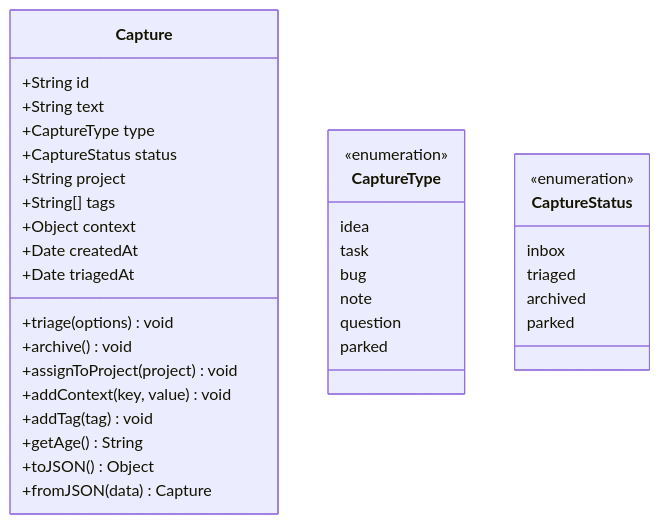
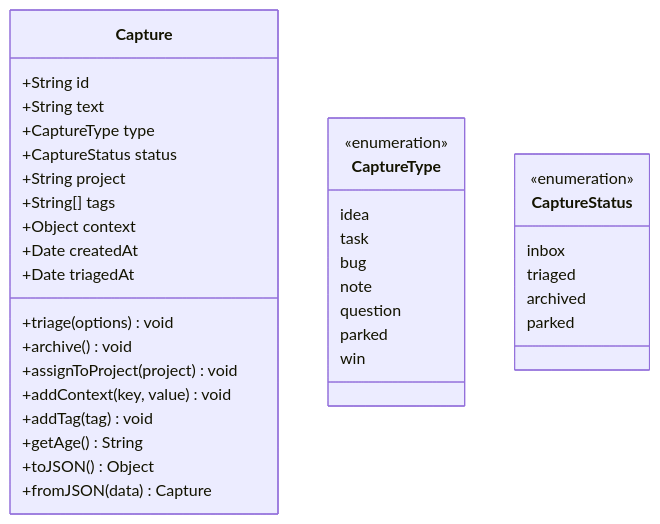
One commit to Data-Wise/atlas changed the seventh of 16 diagrams in docs/ARCHITECTURE.md. Above: the diagram before and after it, drawn with Mermaid. The commit also changed other lines of this file and 12 other files, not shown here.

````diff
--- a/docs/ARCHITECTURE.md
+++ b/docs/ARCHITECTURE.md
@@ -401,41 +420,42 @@
 ```mermaid
 classDiagram
     class Capture {
         +String id
         +String text
         +CaptureType type
         +CaptureStatus status
         +String project
         +String[] tags
         +Object context
         +Date createdAt
         +Date triagedAt
 
         +triage(options) void
         +archive() void
         +assignToProject(project) void
         +addContext(key, value) void
         +addTag(tag) void
         +getAge() String
         +toJSON() Object
         +fromJSON(data) Capture
     }
 
     class CaptureType {
         <<enumeration>>
         idea
         task
         bug
         note
         question
         parked
+        win
     }
 
     class CaptureStatus {
         <<enumeration>>
         inbox
         triaged
         archived
         parked
     }
 ```
````
